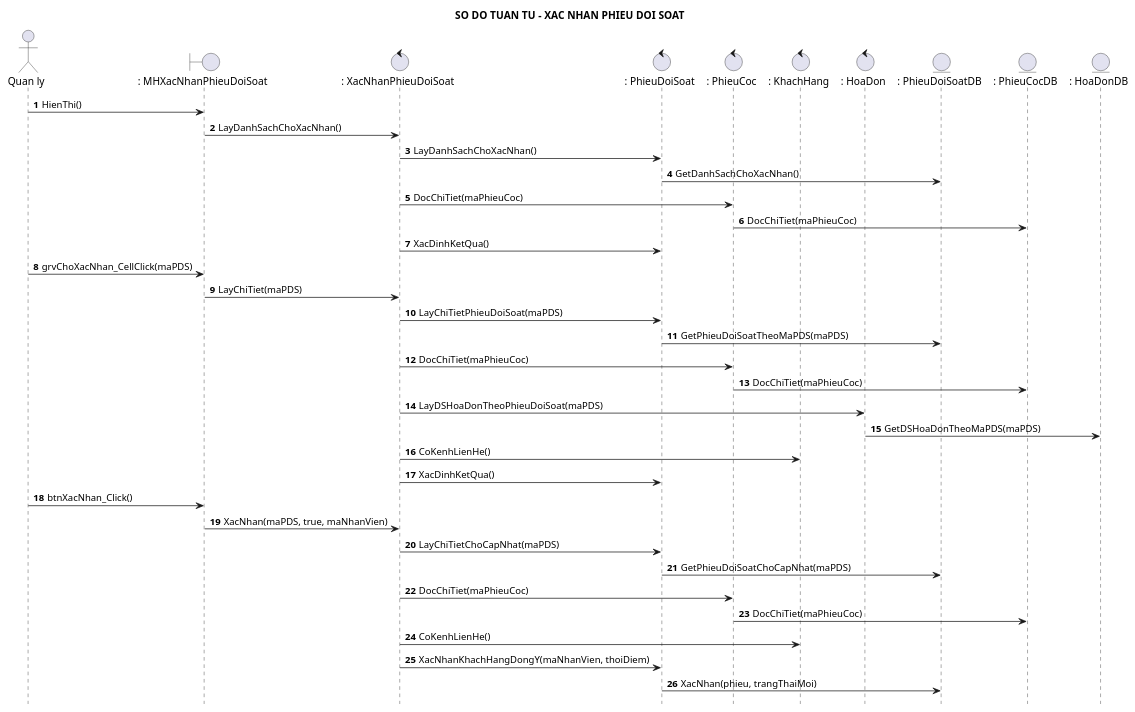
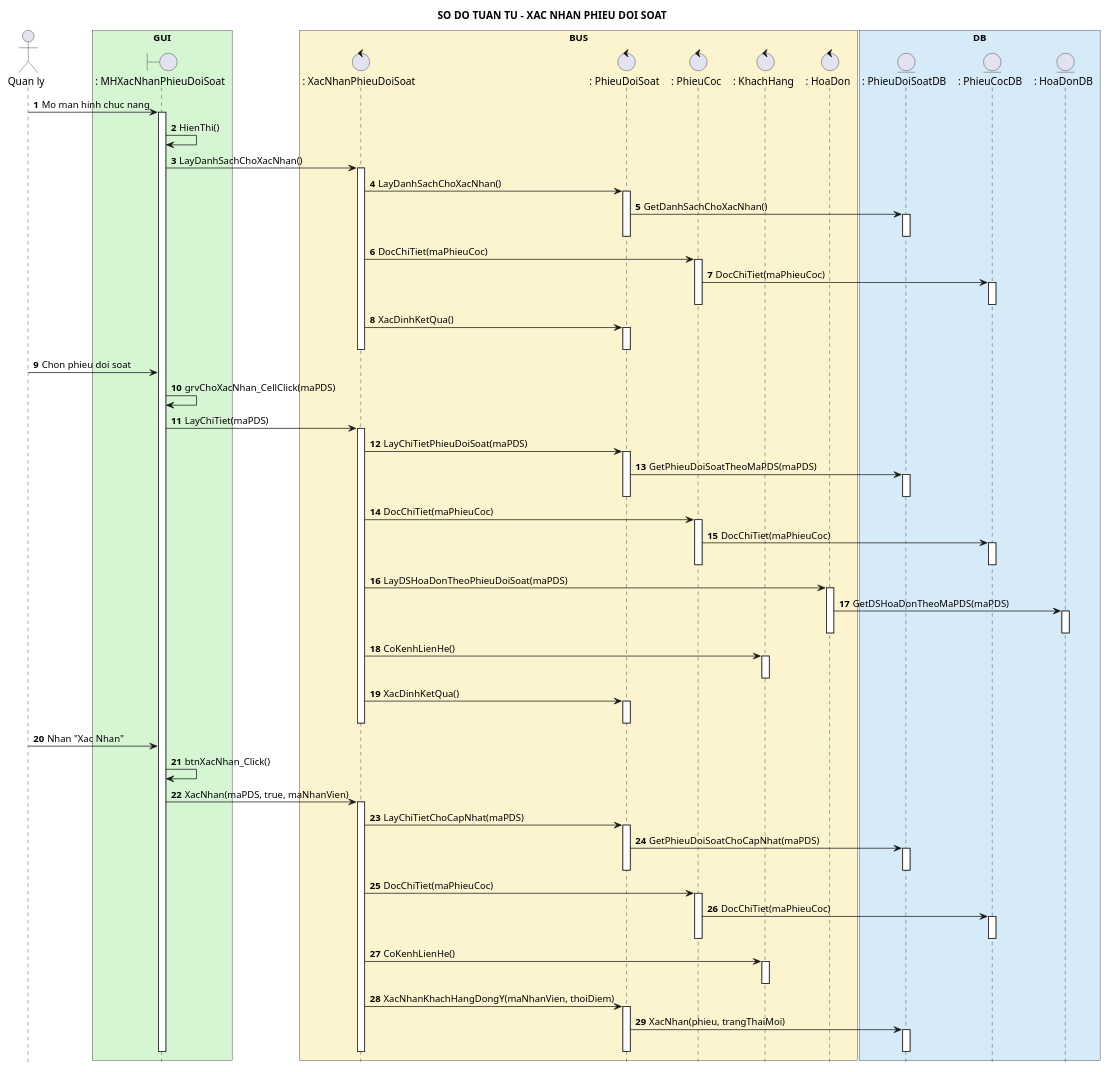
Before and after one commit to Ming1309/HomeStay-Dorm: the diagram in docs/uml/xac-nhan-phieu-doi-soat-sequence.puml, drawn with PlantUML. The commit also changed 34 other files, not shown here.

Commit message:
docs(uml): group lifelines in sequence diagrams into box layers and update layout

```diff
--- a/docs/uml/xac-nhan-phieu-doi-soat-sequence.puml
+++ b/docs/uml/xac-nhan-phieu-doi-soat-sequence.puml
@@ -1,45 +1,105 @@
 @startuml
 title SO DO TUAN TU - XAC NHAN PHIEU DOI SOAT
 hide footbox
 autonumber 1 1
 skinparam shadowing false
 actor "Quan ly" as QL
+
+box "GUI" #D5F5D3
 boundary ": MHXacNhanPhieuDoiSoat" as MH
+end box
+
+box "BUS" #FCF3CF
 control ": XacNhanPhieuDoiSoat" as XN
 control ": PhieuDoiSoat" as PDS
 control ": PhieuCoc" as PC
 control ": KhachHang" as KH
 control ": HoaDon" as HDON
+end box
+
+box "DB" #D6EAF8
 entity ": PhieuDoiSoatDB" as PDSDB
 entity ": PhieuCocDB" as PCDB
 entity ": HoaDonDB" as HDONDB
+end box
 
-QL -> MH : HienThi()
+QL -> MH : Mo man hinh chuc nang
+activate MH
+MH -> MH : HienThi()
 MH -> XN : LayDanhSachChoXacNhan()
+activate XN
 XN -> PDS : LayDanhSachChoXacNhan()
+activate PDS
 PDS -> PDSDB : GetDanhSachChoXacNhan()
+activate PDSDB
+deactivate PDSDB
+deactivate PDS
 XN -> PC : DocChiTiet(maPhieuCoc)
+activate PC
 PC -> PCDB : DocChiTiet(maPhieuCoc)
+activate PCDB
+deactivate PCDB
+deactivate PC
 XN -> PDS : XacDinhKetQua()
+activate PDS
 
-QL -> MH : grvChoXacNhan_CellClick(maPDS)
+deactivate PDS
+deactivate XN
+QL -> MH : Chon phieu doi soat
+MH -> MH : grvChoXacNhan_CellClick(maPDS)
 MH -> XN : LayChiTiet(maPDS)
+activate XN
 XN -> PDS : LayChiTietPhieuDoiSoat(maPDS)
+activate PDS
 PDS -> PDSDB : GetPhieuDoiSoatTheoMaPDS(maPDS)
+activate PDSDB
+deactivate PDSDB
+deactivate PDS
 XN -> PC : DocChiTiet(maPhieuCoc)
+activate PC
 PC -> PCDB : DocChiTiet(maPhieuCoc)
+activate PCDB
+deactivate PCDB
+deactivate PC
 XN -> HDON : LayDSHoaDonTheoPhieuDoiSoat(maPDS)
+activate HDON
 HDON -> HDONDB : GetDSHoaDonTheoMaPDS(maPDS)
+activate HDONDB
+deactivate HDONDB
+deactivate HDON
 XN -> KH : CoKenhLienHe()
+activate KH
+deactivate KH
 XN -> PDS : XacDinhKetQua()
+activate PDS
 
-QL -> MH : btnXacNhan_Click()
+deactivate PDS
+deactivate XN
+QL -> MH : Nhan "Xac Nhan"
+MH -> MH : btnXacNhan_Click()
 MH -> XN : XacNhan(maPDS, true, maNhanVien)
+activate XN
 XN -> PDS : LayChiTietChoCapNhat(maPDS)
+activate PDS
 PDS -> PDSDB : GetPhieuDoiSoatChoCapNhat(maPDS)
+activate PDSDB
+deactivate PDSDB
+deactivate PDS
 XN -> PC : DocChiTiet(maPhieuCoc)
+activate PC
 PC -> PCDB : DocChiTiet(maPhieuCoc)
+activate PCDB
+deactivate PCDB
+deactivate PC
 XN -> KH : CoKenhLienHe()
+activate KH
+deactivate KH
 XN -> PDS : XacNhanKhachHangDongY(maNhanVien, thoiDiem)
+activate PDS
 PDS -> PDSDB : XacNhan(phieu, trangThaiMoi)
+activate PDSDB
+deactivate PDSDB
+deactivate PDS
+deactivate XN
+deactivate MH
 @enduml
```
